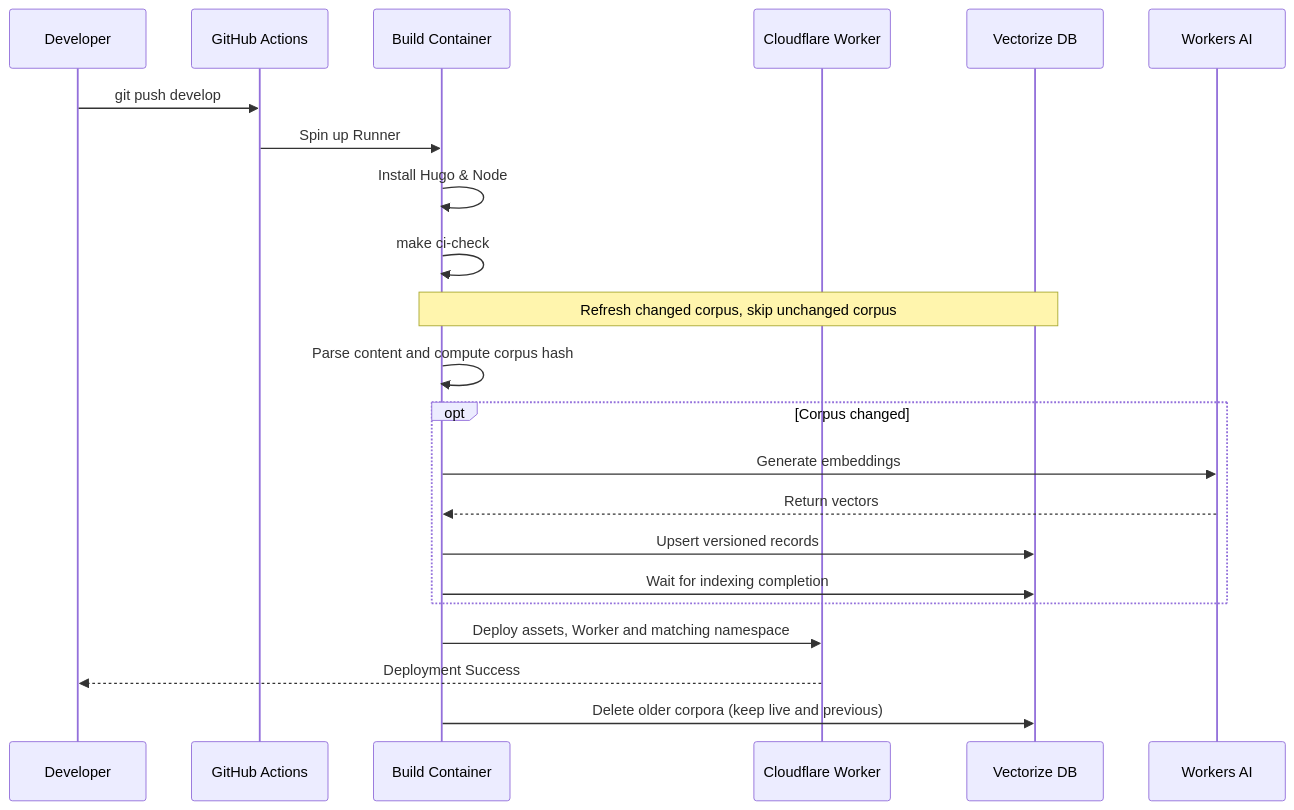
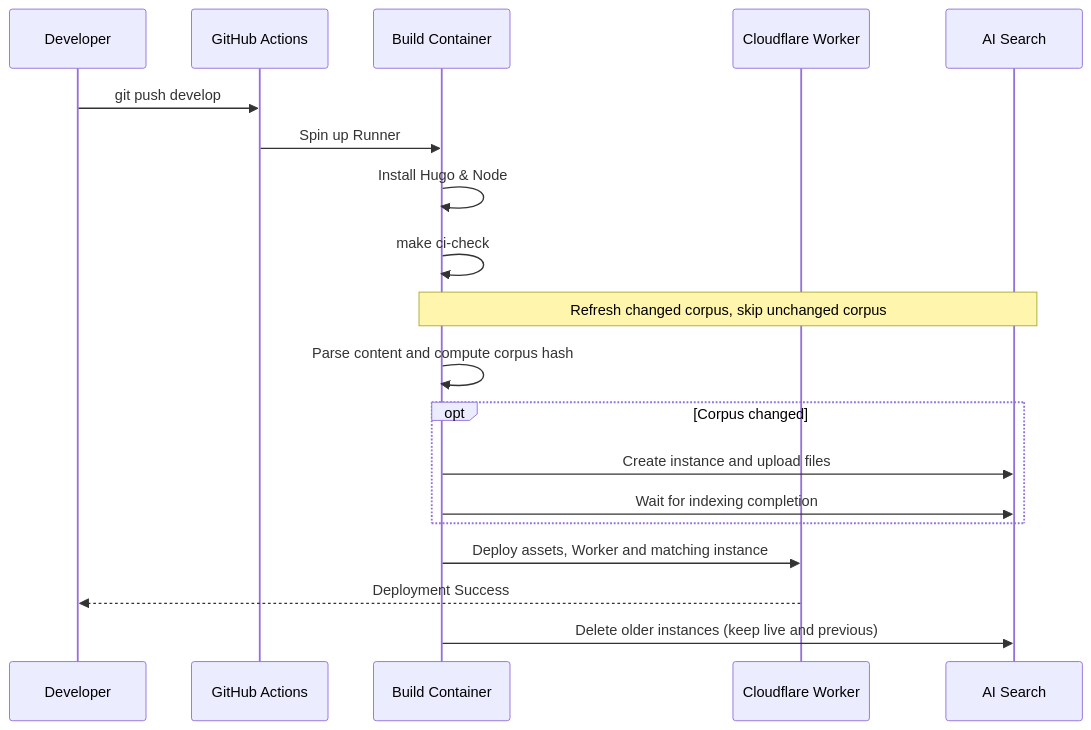
One commit to sgama/sg changed the second of 3 diagrams in content/posts/2026-01-26-website-stack/index.md. Above: the diagram before and after it, drawn with Mermaid. The commit also changed other lines of this file and 5 other files, not shown here.

```diff
--- a/content/posts/2026-01-26-website-stack/index.md
+++ b/content/posts/2026-01-26-website-stack/index.md
@@ -101,27 +101,24 @@
 {{< mermaid >}}
 sequenceDiagram
 participant Dev as Developer
 participant GH as GitHub Actions
 participant Build as Build Container
 participant CF as Cloudflare Worker
-participant Vec as Vectorize DB
-participant AI as Workers AI
+participant Vec as AI Search
 
 Dev->>GH: git push develop
 GH->>Build: Spin up Runner
 Build->>Build: Install Hugo & Node
 Build->>Build: make ci-check
 
 Note over Build, Vec: Refresh changed corpus, skip unchanged corpus
 Build->>Build: Parse content and compute corpus hash
 opt Corpus changed
-Build->>AI: Generate embeddings
-AI-->>Build: Return vectors
-Build->>Vec: Upsert versioned records
+Build->>Vec: Create instance and upload files
 Build->>Vec: Wait for indexing completion
 end
 
-Build->>CF: Deploy assets, Worker and matching namespace
+Build->>CF: Deploy assets, Worker and matching instance
 CF-->>Dev: Deployment Success
-Build->>Vec: Delete older corpora (keep live and previous)
+Build->>Vec: Delete older instances (keep live and previous)
 {{< /mermaid >}}
```
